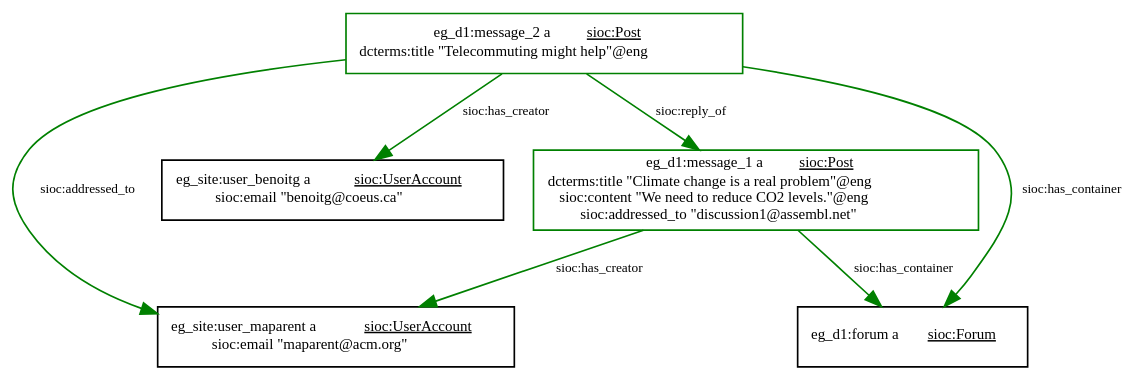
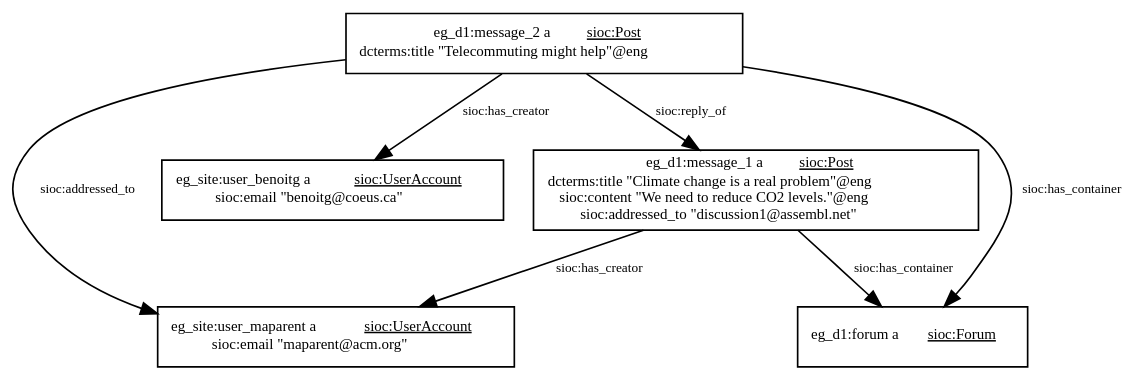
The eighth of 16 diagrams in interoperability/interoperability.md (catalyst-fp7/documents), drawn with Graphviz before and after one commit. The commit also changed other lines of this file, not shown here.

Commit message:
some diagram changes

````diff
--- a/interoperability/interoperability.md
+++ b/interoperability/interoperability.md
@@ -475,32 +490,32 @@
 ```graphviz
 digraph g {
     graph [bgcolor="transparent", rankdir="TB", compound="true"];
     node [fillcolor=white, style=filled,  shape=record, fontsize=9];
     edge [fontsize=8];
     user1 [label=<<table border='0' cellborder='0' cellpadding='0' cellspacing='0'>
         <tr><td>eg_site:user_maparent a <U>sioc:UserAccount</U></td></tr>
         <tr><td>sioc:email "maparent@acm.org"</td></tr>
         </table>>];
     user2 [label=<<table border='0' cellborder='0' cellpadding='0' cellspacing='0'>
         <tr><td>eg_site:user_benoitg a <U>sioc:UserAccount</U></td></tr>
         <tr><td>sioc:email "benoitg@coeus.ca"</td></tr>
         </table>>];
     forum [label=<eg_d1:forum a <U>sioc:Forum</U>>];
     post1 [label=<<table border='0' cellborder='0' cellpadding='0' cellspacing='0'>
         <tr><td>eg_d1:message_1 a <U>sioc:Post</U></td></tr>
         <tr><td>dcterms:title "Climate change is a real problem"@eng</td></tr>
         <tr><td>sioc:content "We need to reduce CO2 levels."@eng</td></tr>
         <tr><td>sioc:addressed_to "discussion1@assembl.net"</td></tr>
-    </table>>, color="green"];
-    post1->user1 [label="sioc:has_creator", color="green"];
-    post1->forum [label="sioc:has_container", color="green"];
+    </table>>];
+    post1->user1 [label="sioc:has_creator"];
+    post1->forum [label="sioc:has_container"];
     post2 [label=<<table border='0' cellborder='0' cellpadding='0' cellspacing='0'>
         <tr><td>eg_d1:message_2 a <U>sioc:Post</U></td></tr>
         <tr><td>dcterms:title "Telecommuting might help"@eng</td></tr>
-    </table>>, color="green"];
-    post2->user2 [label="sioc:has_creator", color="green"];
-    post2->user1 [label="sioc:addressed_to", color="green"];
-    post2->forum [label="sioc:has_container", color="green"];
-    post2->post1 [label="sioc:reply_of", color="green"];
+    </table>>];
+    post2->user2 [label="sioc:has_creator"];
+    post2->user1 [label="sioc:addressed_to"];
+    post2->forum [label="sioc:has_container"];
+    post2->post1 [label="sioc:reply_of"];
 }
 ```
````
